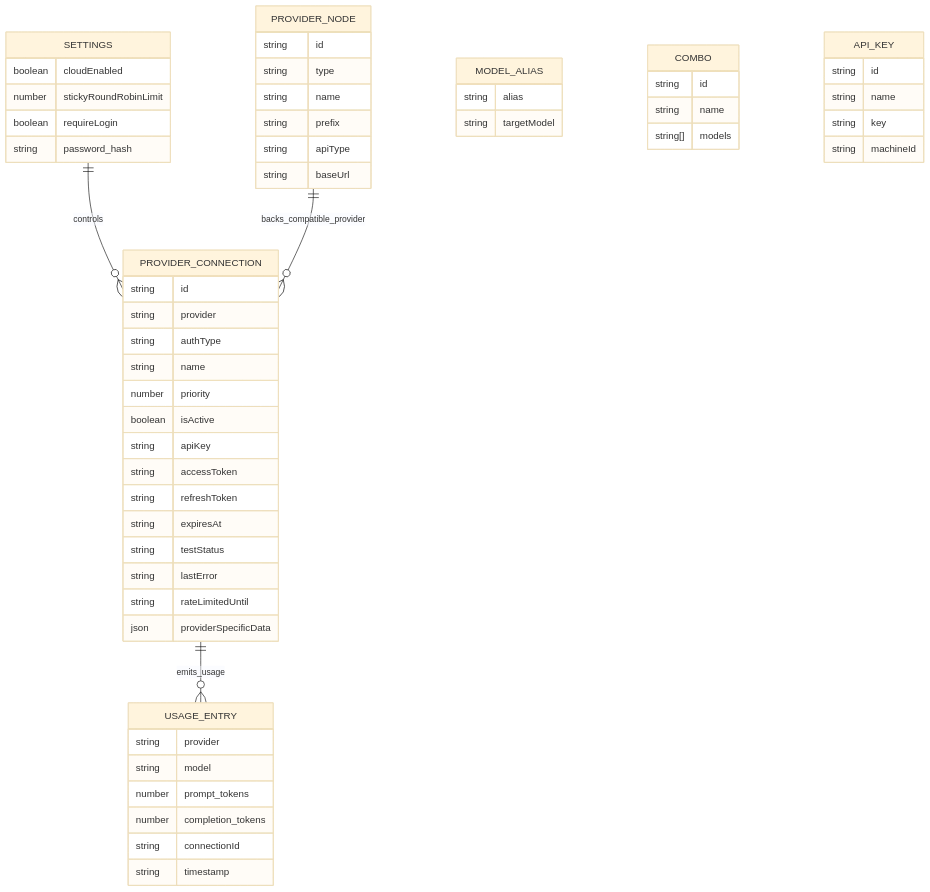
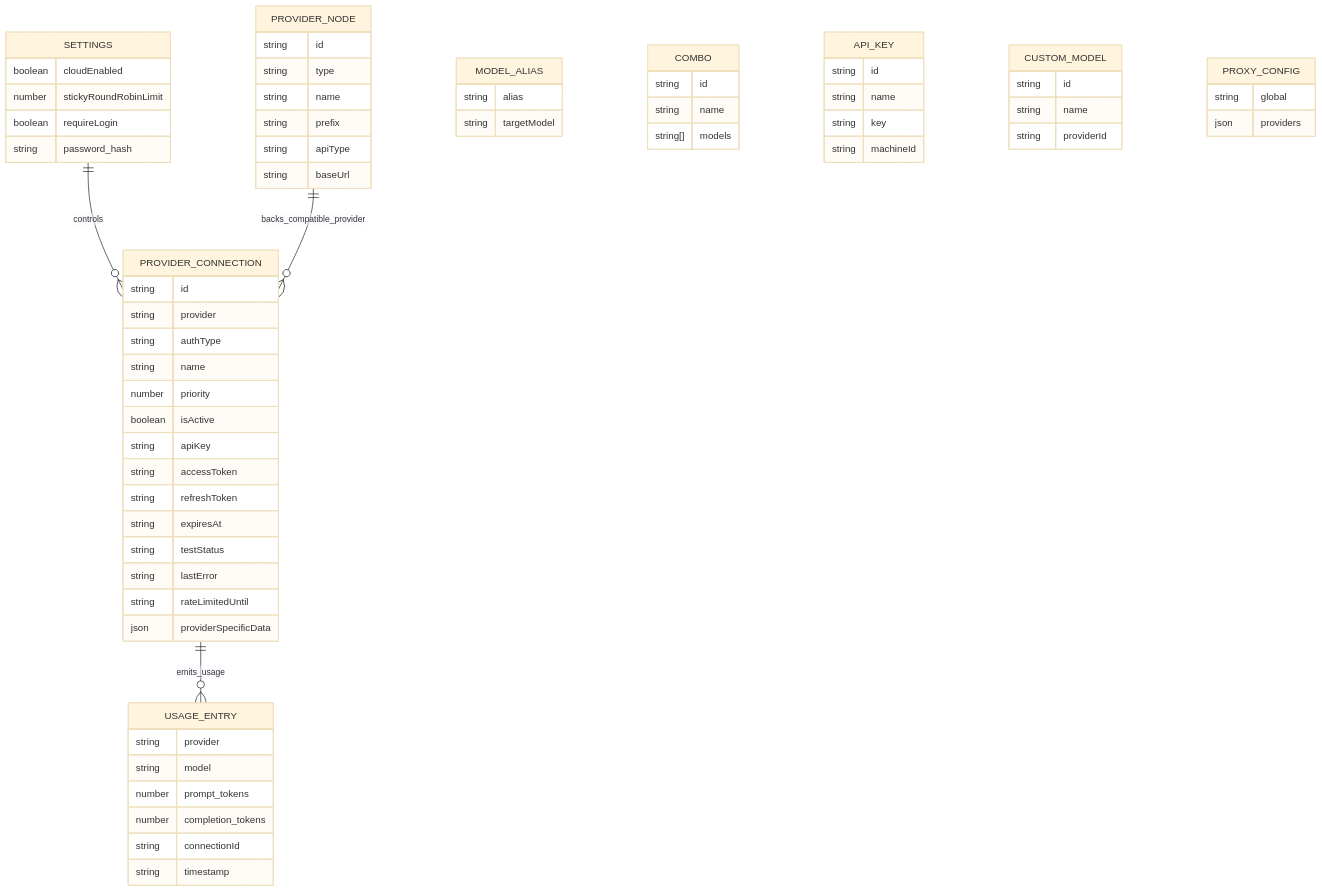
Before and after one commit to diegosouzapw/9router: the sixth of 7 diagrams in docs/ARCHITECTURE.md, drawn with Mermaid (base theme). The commit also changed other lines of this file and 2 other files, not shown here.

````diff
--- a/docs/ARCHITECTURE.md
+++ b/docs/ARCHITECTURE.md
@@ -320,66 +326,77 @@
 ```mermaid
 erDiagram
     SETTINGS ||--o{ PROVIDER_CONNECTION : controls
     PROVIDER_NODE ||--o{ PROVIDER_CONNECTION : backs_compatible_provider
     PROVIDER_CONNECTION ||--o{ USAGE_ENTRY : emits_usage
 
     SETTINGS {
       boolean cloudEnabled
       number stickyRoundRobinLimit
       boolean requireLogin
       string password_hash
     }
 
     PROVIDER_CONNECTION {
       string id
       string provider
       string authType
       string name
       number priority
       boolean isActive
       string apiKey
       string accessToken
       string refreshToken
       string expiresAt
       string testStatus
       string lastError
       string rateLimitedUntil
       json providerSpecificData
     }
 
     PROVIDER_NODE {
       string id
       string type
       string name
       string prefix
       string apiType
       string baseUrl
     }
 
     MODEL_ALIAS {
       string alias
       string targetModel
     }
 
     COMBO {
       string id
       string name
       string[] models
     }
 
     API_KEY {
       string id
       string name
       string key
       string machineId
     }
 
     USAGE_ENTRY {
       string provider
       string model
       number prompt_tokens
       number completion_tokens
       string connectionId
       string timestamp
     }
+
+    CUSTOM_MODEL {
+      string id
+      string name
+      string providerId
+    }
+
+    PROXY_CONFIG {
+      string global
+      json providers
+    }
 ```
````
